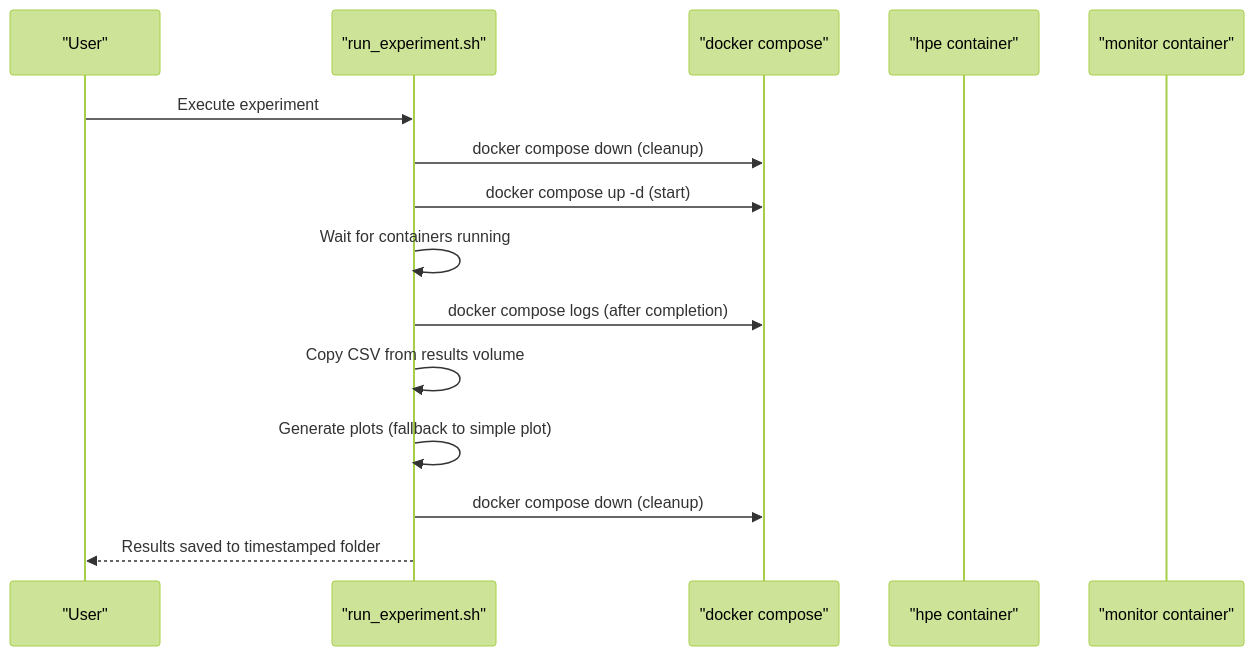
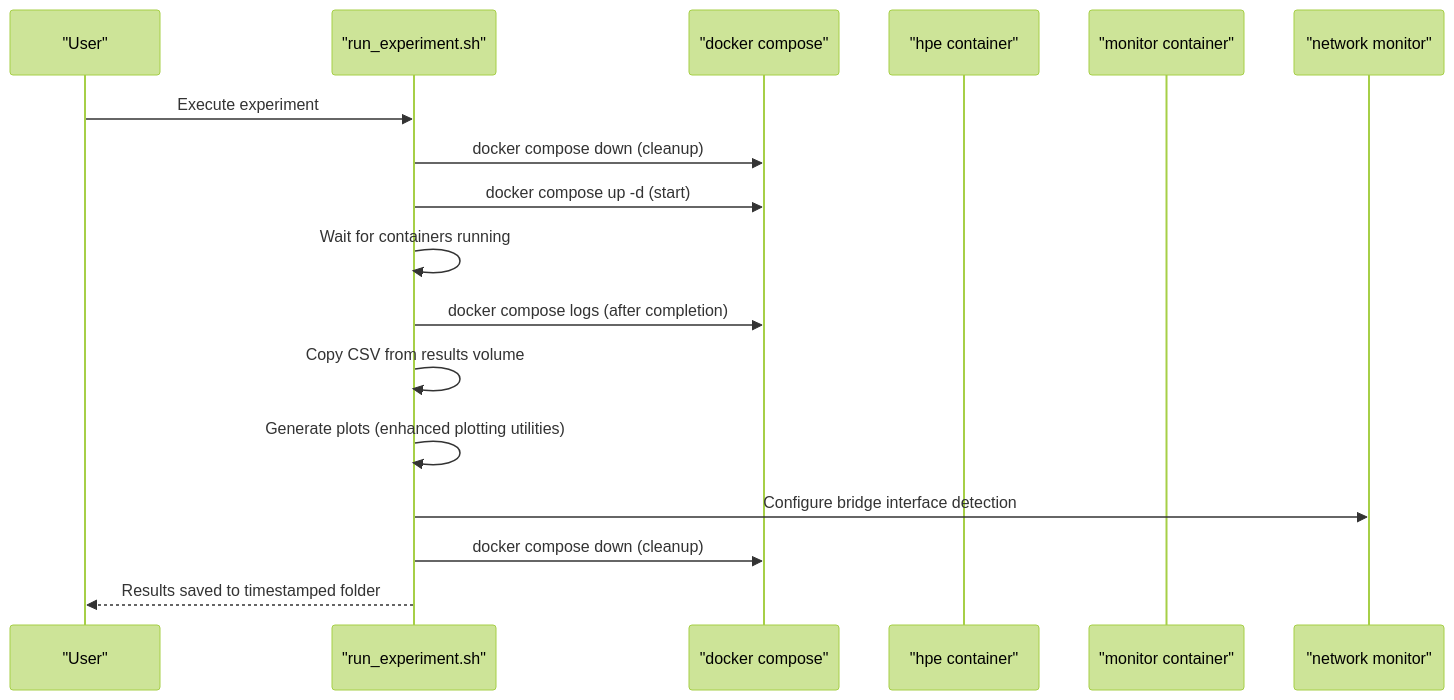
The sixth of 12 diagrams in .qoder/repowiki/en/content/Monitoring and Analytics/Monitoring and Analytics.md (Fogus-Gr/MeasurementsDTs), drawn with Mermaid (forest theme) before and after one commit. The commit also changed other lines of this file and 11 other files, not shown here.

````diff
--- a/.qoder/repowiki/en/content/Monitoring and Analytics/Monitoring and Analytics.md
+++ b/.qoder/repowiki/en/content/Monitoring and Analytics/Monitoring and Analytics.md
@@ -342,17 +388,19 @@
 ```mermaid
 sequenceDiagram
 participant User as "User"
 participant Runner as "run_experiment.sh"
 participant Compose as "docker compose"
 participant HPE as "hpe container"
 participant Mon as "monitor container"
+participant Net as "network monitor"
 User->>Runner : Execute experiment
 Runner->>Compose : docker compose down (cleanup)
 Runner->>Compose : docker compose up -d (start)
 Runner->>Runner : Wait for containers running
 Runner->>Compose : docker compose logs (after completion)
 Runner->>Runner : Copy CSV from results volume
-Runner->>Runner : Generate plots (fallback to simple plot)
+Runner->>Runner : Generate plots (enhanced plotting utilities)
+Runner->>Net : Configure bridge interface detection
 Runner->>Compose : docker compose down (cleanup)
 Runner-->>User : Results saved to timestamped folder
 ```
````
